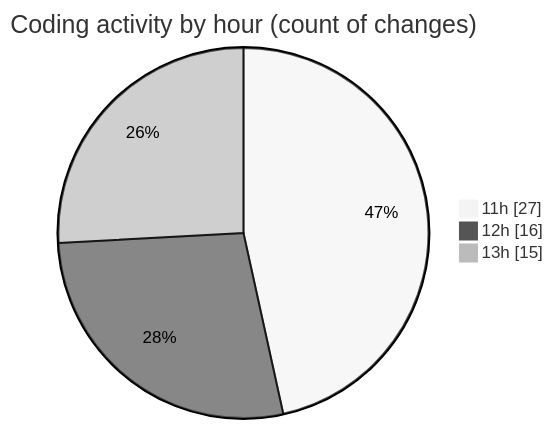
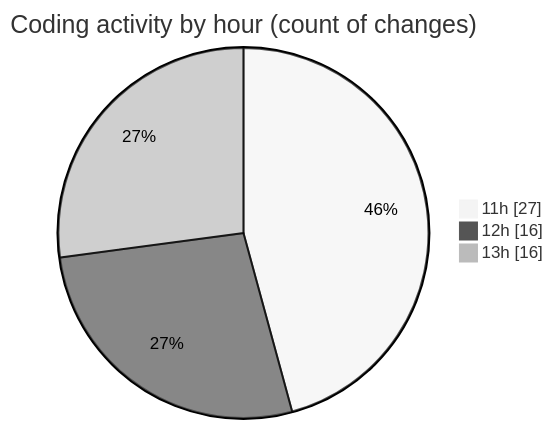
One commit to MatusMokan/code-tracking changed the second of 2 diagrams in 2025-04-18/myws__workspace_/README.md. Above: the diagram before and after it, drawn with Mermaid (neutral theme). The commit also changed other lines of this file and 1 other file, not shown here.

````diff
--- a/2025-04-18/myws__workspace_/README.md
+++ b/2025-04-18/myws__workspace_/README.md
@@ -29,7 +29,7 @@
 ```mermaid
 pie showData
 title Coding activity by hour (count of changes)
 "11h" : 27
 "12h" : 16
-"13h" : 15
+"13h" : 16
 ```
````
